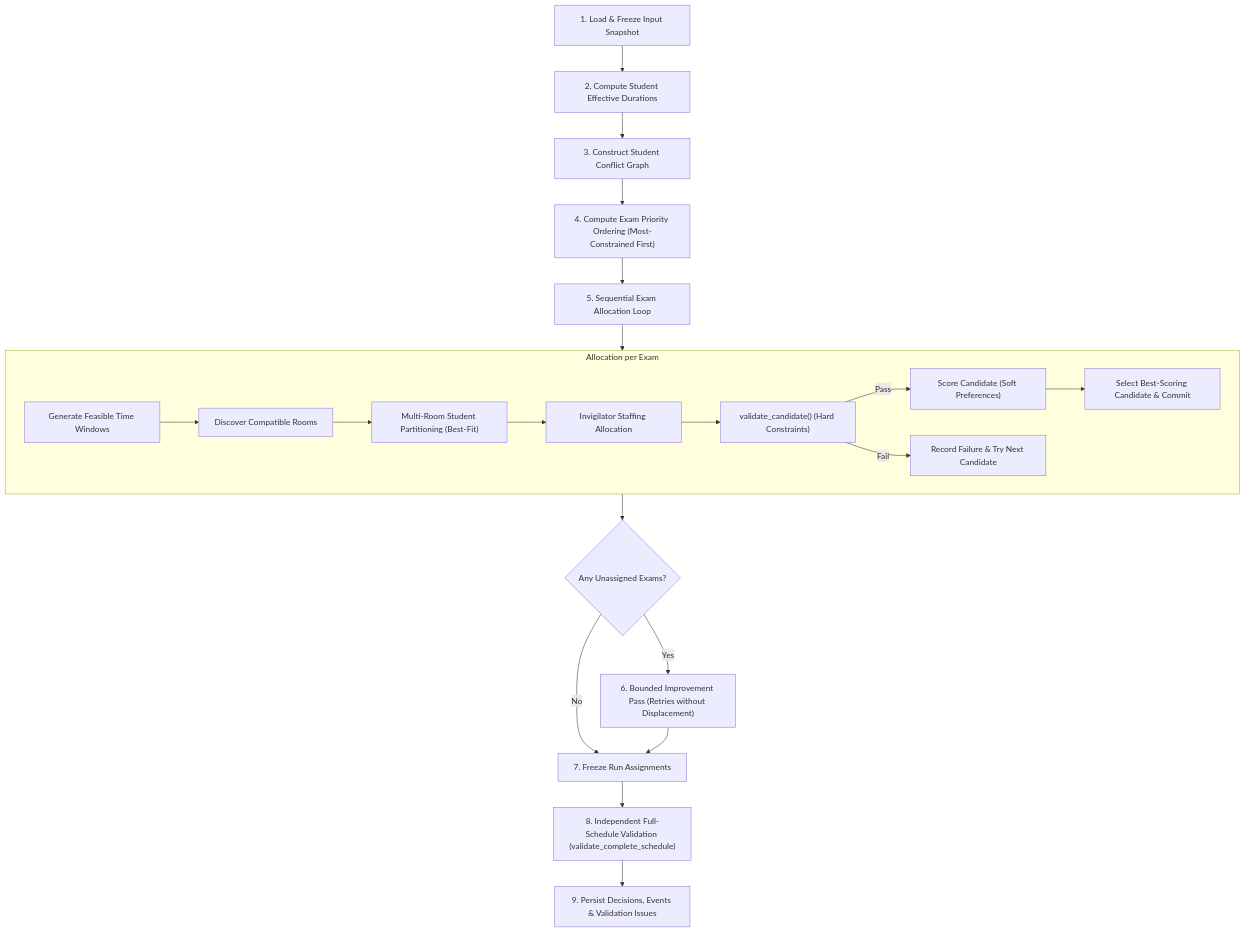
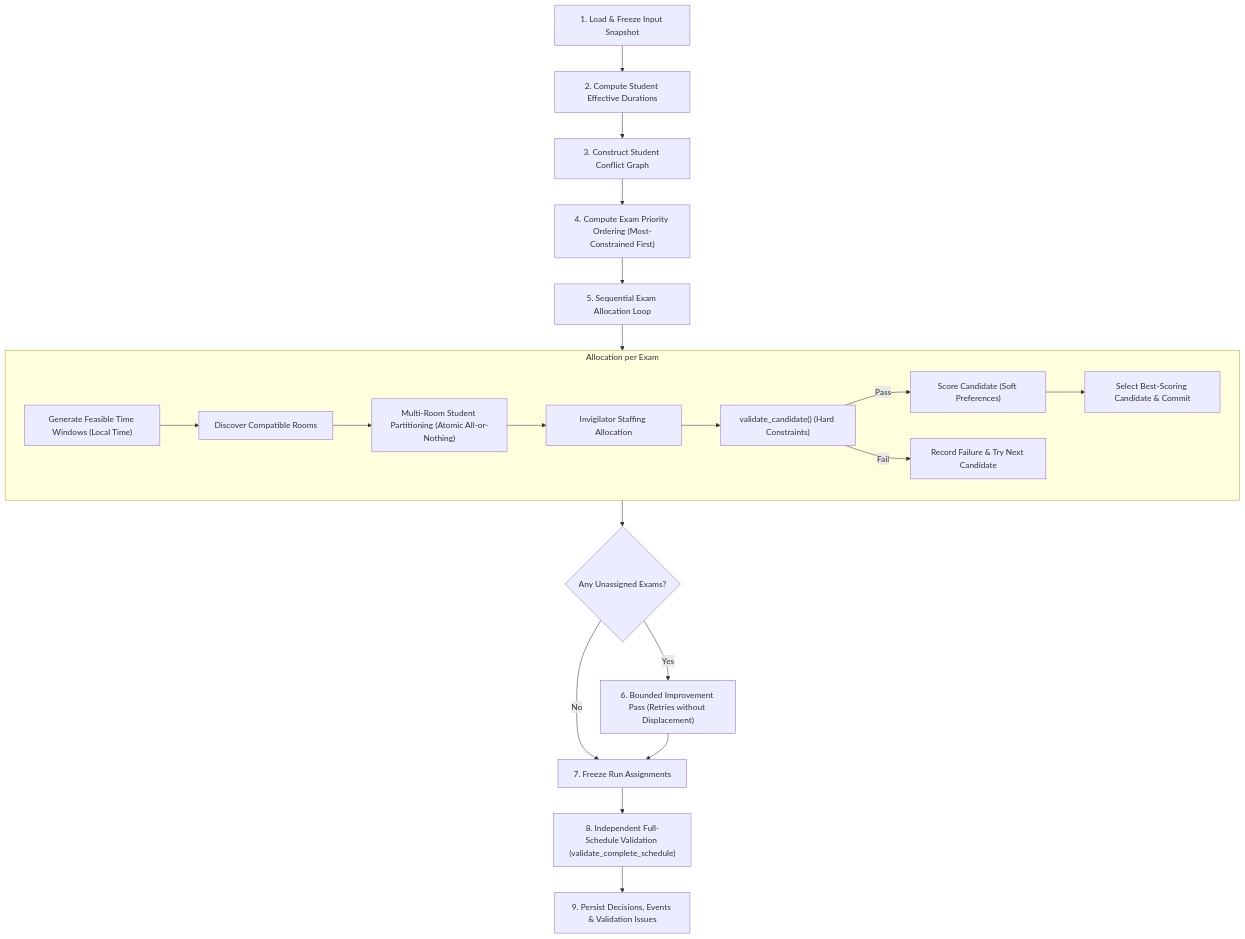
The first of 5 diagrams in docs/scheduling_algorithm.md (bogavivek15/ExamOps), drawn with Mermaid before and after one commit. The commit also changed other lines of this file and 25 other files, not shown here.

Commit message:
feat(phase-0): finalize architecture contracts, reconcile 26 entities, and establish autopilot memory

````diff
--- a/docs/scheduling_algorithm.md
+++ b/docs/scheduling_algorithm.md
@@ -15,23 +15,23 @@
 ```mermaid
 flowchart TD
     A["1. Load & Freeze Input Snapshot"] --> B["2. Compute Student Effective Durations"]
     B --> C["3. Construct Student Conflict Graph"]
     C --> D["4. Compute Exam Priority Ordering (Most-Constrained First)"]
     D --> E["5. Sequential Exam Allocation Loop"]
     subgraph AllocationLoop["Allocation per Exam"]
-        E1["Generate Feasible Time Windows"] --> E2["Discover Compatible Rooms"]
-        E2 --> E3["Multi-Room Student Partitioning (Best-Fit)"]
+        E1["Generate Feasible Time Windows (Local Time)"] --> E2["Discover Compatible Rooms"]
+        E2 --> E3["Multi-Room Student Partitioning (Atomic All-or-Nothing)"]
         E3 --> E4["Invigilator Staffing Allocation"]
         E4 --> E5["validate_candidate() (Hard Constraints)"]
         E5 -->|Pass| E6["Score Candidate (Soft Preferences)"]
         E5 -->|Fail| E7["Record Failure & Try Next Candidate"]
         E6 --> E8["Select Best-Scoring Candidate & Commit"]
     end
     E --> AllocationLoop
     AllocationLoop --> F{"Any Unassigned Exams?"}
     F -->|Yes| G["6. Bounded Improvement Pass (Retries without Displacement)"]
     F -->|No| H["7. Freeze Run Assignments"]
     G --> H
     H --> I["8. Independent Full-Schedule Validation (validate_complete_schedule)"]
     I --> J["9. Persist Decisions, Events & Validation Issues"]
 ```
````
